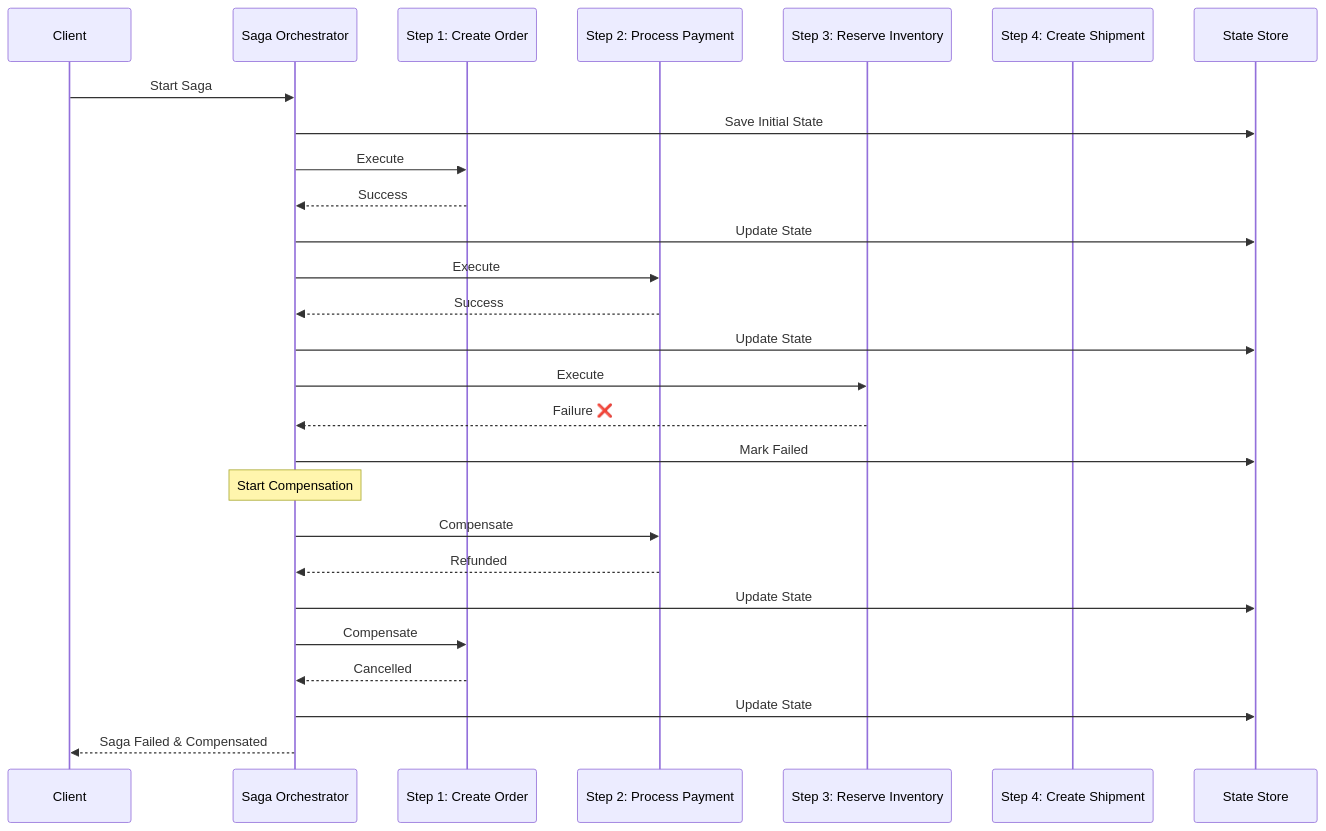
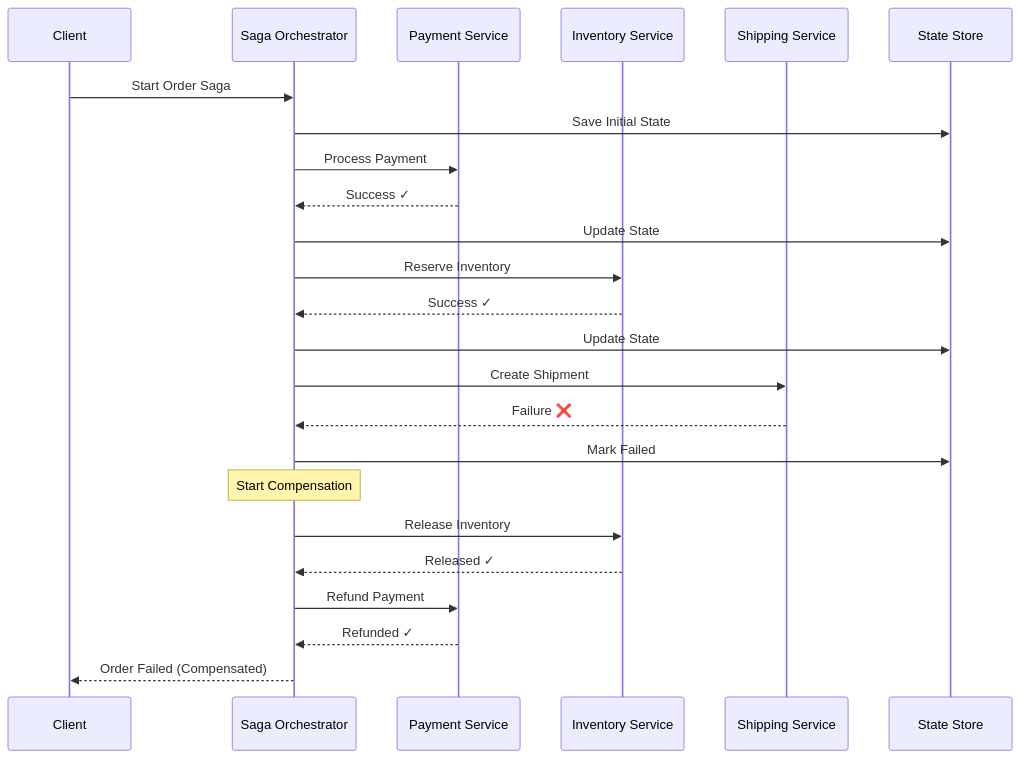
The third of 5 diagrams in docs/pattern-library/data-management/saga.md (deepaucksharma/DStudio), drawn with Mermaid before and after one commit. The commit also changed other lines of this file and 64 other files, not shown here.

````diff
--- a/docs/pattern-library/data-management/saga.md
+++ b/docs/pattern-library/data-management/saga.md
@@ -289,37 +175,34 @@
 ```mermaid
 sequenceDiagram
- participant C as Client
- participant SO as Saga Orchestrator
- participant S1 as Step 1: Create Order
- participant S2 as Step 2: Process Payment
- participant S3 as Step 3: Reserve Inventory
- participant S4 as Step 4: Create Shipment
- participant DB as State Store
+    participant C as Client
+    participant SO as Saga Orchestrator
+    participant S1 as Payment Service
+    participant S2 as Inventory Service
+    participant S3 as Shipping Service
+    participant DB as State Store
 
- C->>SO: Start Saga
- SO->>DB: Save Initial State
- 
- SO->>S1: Execute
- S1-->>SO: Success
- SO->>DB: Update State
- 
- SO->>S2: Execute
- S2-->>SO: Success
- SO->>DB: Update State
- 
- SO->>S3: Execute
- S3-->>SO: Failure ❌
- SO->>DB: Mark Failed
- 
- Note over SO: Start Compensation
- 
- SO->>S2: Compensate
- S2-->>SO: Refunded
- SO->>DB: Update State
- 
- SO->>S1: Compensate
- S1-->>SO: Cancelled
- SO->>DB: Update State
- 
- SO-->>C: Saga Failed & Compensated
+    C->>SO: Start Order Saga
+    SO->>DB: Save Initial State
+    
+    SO->>S1: Process Payment
+    S1-->>SO: Success ✓
+    SO->>DB: Update State
+    
+    SO->>S2: Reserve Inventory
+    S2-->>SO: Success ✓
+    SO->>DB: Update State
+    
+    SO->>S3: Create Shipment
+    S3-->>SO: Failure ❌
+    SO->>DB: Mark Failed
+    
+    Note over SO: Start Compensation
+    
+    SO->>S2: Release Inventory
+    S2-->>SO: Released ✓
+    
+    SO->>S1: Refund Payment
+    S1-->>SO: Refunded ✓
+    
+    SO-->>C: Order Failed (Compensated)
 ```
````
